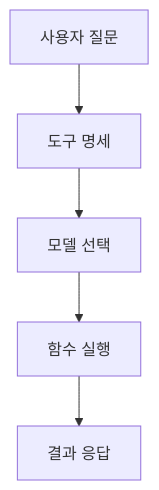
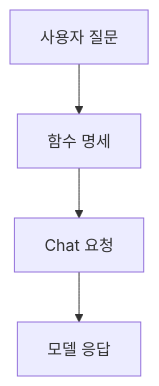
Before and after one commit to umyunsang/edu: the third of 3 diagrams in ComputerScience/03_ai-ml-data/large-language-models/notes/49. OpenAI API 요청·응답과 도구 호출.md, drawn with Mermaid. The commit also changed other lines of this file and 5 other files, not shown here.

````diff
--- a/ComputerScience/03_ai-ml-data/large-language-models/notes/49. OpenAI API 요청·응답과 도구 호출.md
+++ b/ComputerScience/03_ai-ml-data/large-language-models/notes/49. OpenAI API 요청·응답과 도구 호출.md
@@ -195,7 +203,6 @@
 ```mermaid
 flowchart TB
-    A[사용자 질문] --> B[도구 명세]
-    B --> C[모델 선택]
-    C --> D[함수 실행]
-    D --> E[결과 응답]
+    A[사용자 질문] --> B[함수 명세]
+    B --> C[Chat 요청]
+    C --> D[모델 응답]
 ```
````
